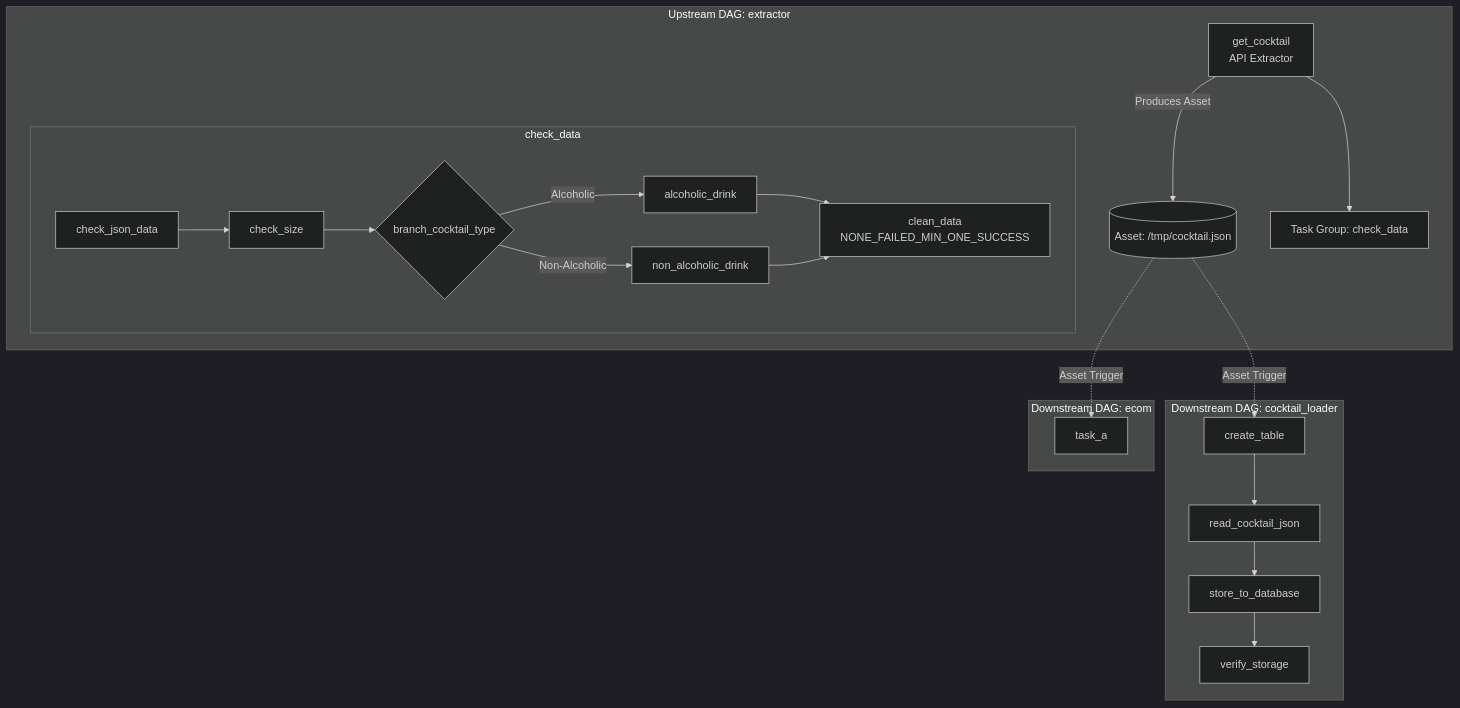
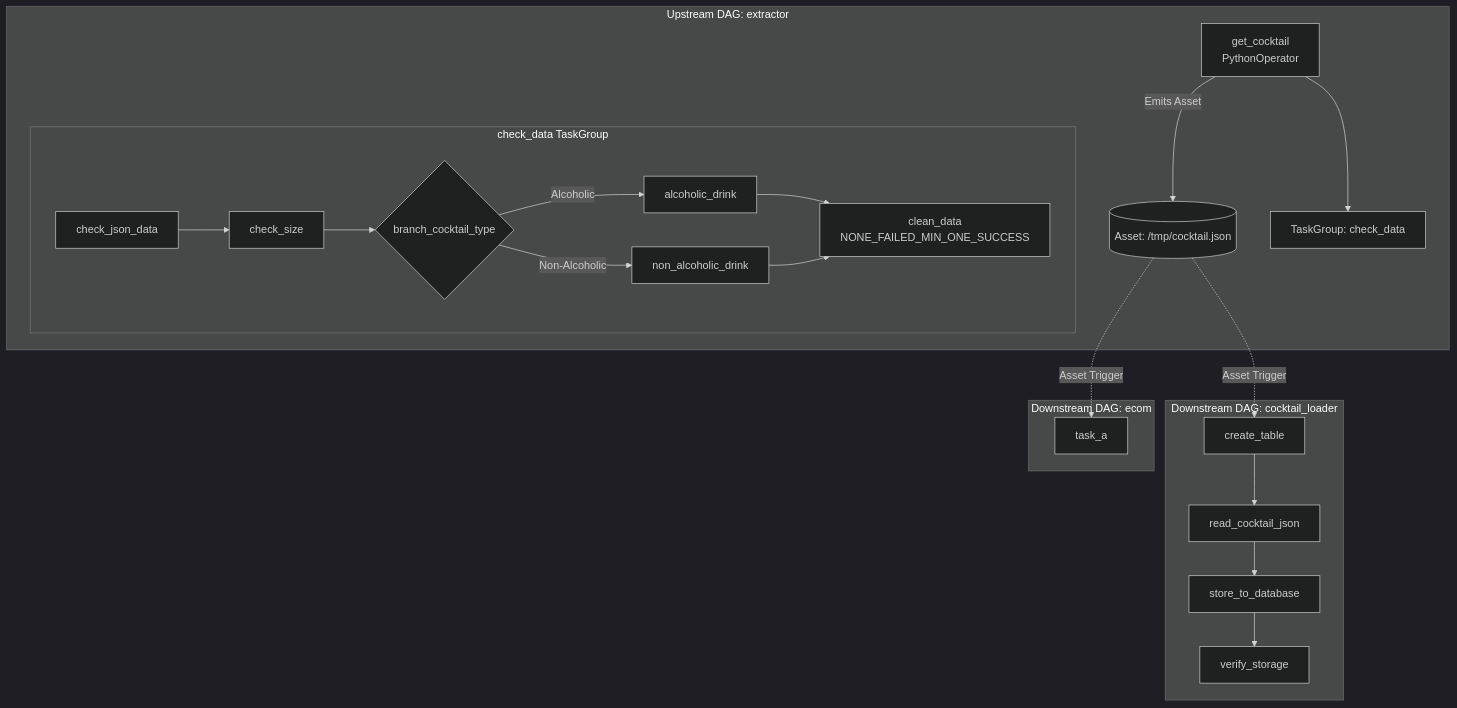
Before and after one commit to Sohila-Khaled-Abbas/apache-airflow-data-pipelines: the third of 3 diagrams in docs/architecture.md, drawn with Mermaid (dark theme). The commit also changed other lines of this file and 27 other files, not shown here.

````diff
--- a/docs/architecture.md
+++ b/docs/architecture.md
@@ -74,29 +77,29 @@
 ```mermaid
 flowchart TD
-    subgraph Upstream DAG: extractor
-        E1[get_cocktail<br/>API Extractor] -->|Produces Asset| OUT[(Asset: /tmp/cocktail.json)]
-        E1 --> G1[Task Group: check_data]
+    subgraph UpstreamDAG["Upstream DAG: extractor"]
+        E1["get_cocktail<br/>PythonOperator"] -->|Emits Asset| OUT[("Asset: /tmp/cocktail.json")]
+        E1 --> G1["TaskGroup: check_data"]
 
-        subgraph check_data
-            C1[check_json_data] --> C2[check_size]
-            C2 --> B1{branch_cocktail_type}
-            B1 -->|Alcoholic| T1[alcoholic_drink]
-            B1 -->|Non-Alcoholic| T2[non_alcoholic_drink]
-            T1 --> CL[clean_data<br/>NONE_FAILED_MIN_ONE_SUCCESS]
+        subgraph check_data["check_data TaskGroup"]
+            C1["check_json_data"] --> C2["check_size"]
+            C2 --> B1{"branch_cocktail_type"}
+            B1 -->|Alcoholic| T1["alcoholic_drink"]
+            B1 -->|Non-Alcoholic| T2["non_alcoholic_drink"]
+            T1 --> CL["clean_data<br/>NONE_FAILED_MIN_ONE_SUCCESS"]
             T2 --> CL
         end
     end
 
-    OUT -.->|Asset Trigger| CD1[create_table]
-    OUT -.->|Asset Trigger| EC1[task_a]
+    OUT -.->|Asset Trigger| CD1["create_table"]
+    OUT -.->|Asset Trigger| EC1["task_a"]
 
-    subgraph Downstream DAG: cocktail_loader
-        CD1 --> CD2[read_cocktail_json]
-        CD2 --> CD3[store_to_database]
-        CD3 --> CD4[verify_storage]
+    subgraph LoaderDAG["Downstream DAG: cocktail_loader"]
+        CD1 --> CD2["read_cocktail_json"]
+        CD2 --> CD3["store_to_database"]
+        CD3 --> CD4["verify_storage"]
     end
 
-    subgraph Downstream DAG: ecom
+    subgraph EcomDAG["Downstream DAG: ecom"]
         EC1
     end
 ```
````
